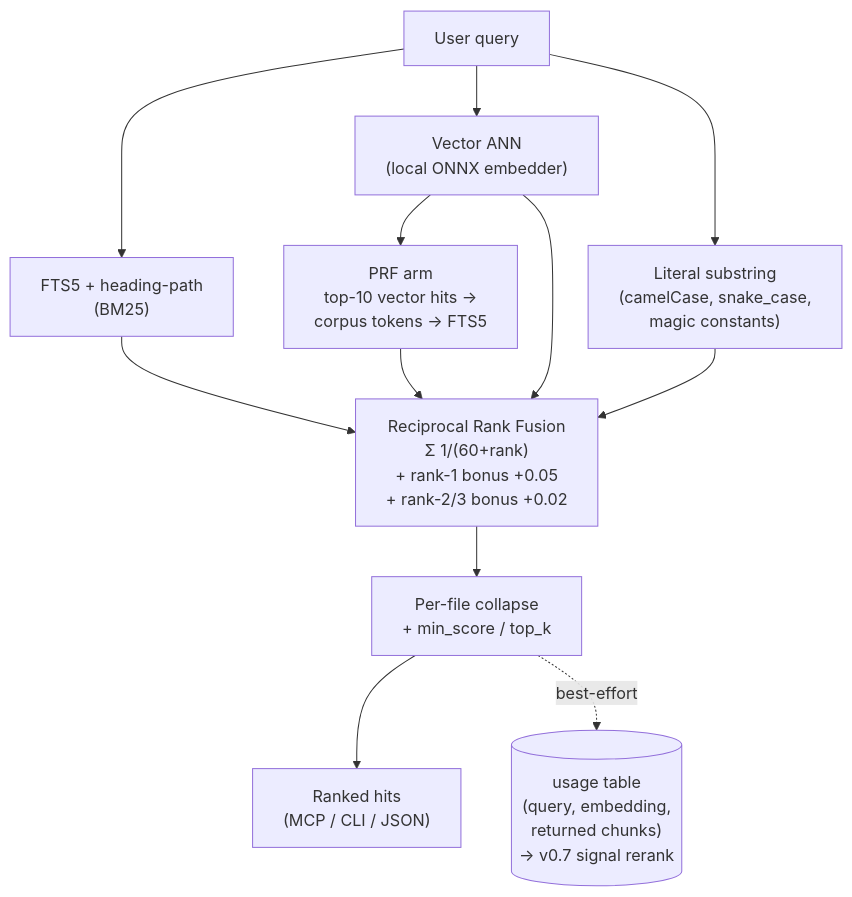
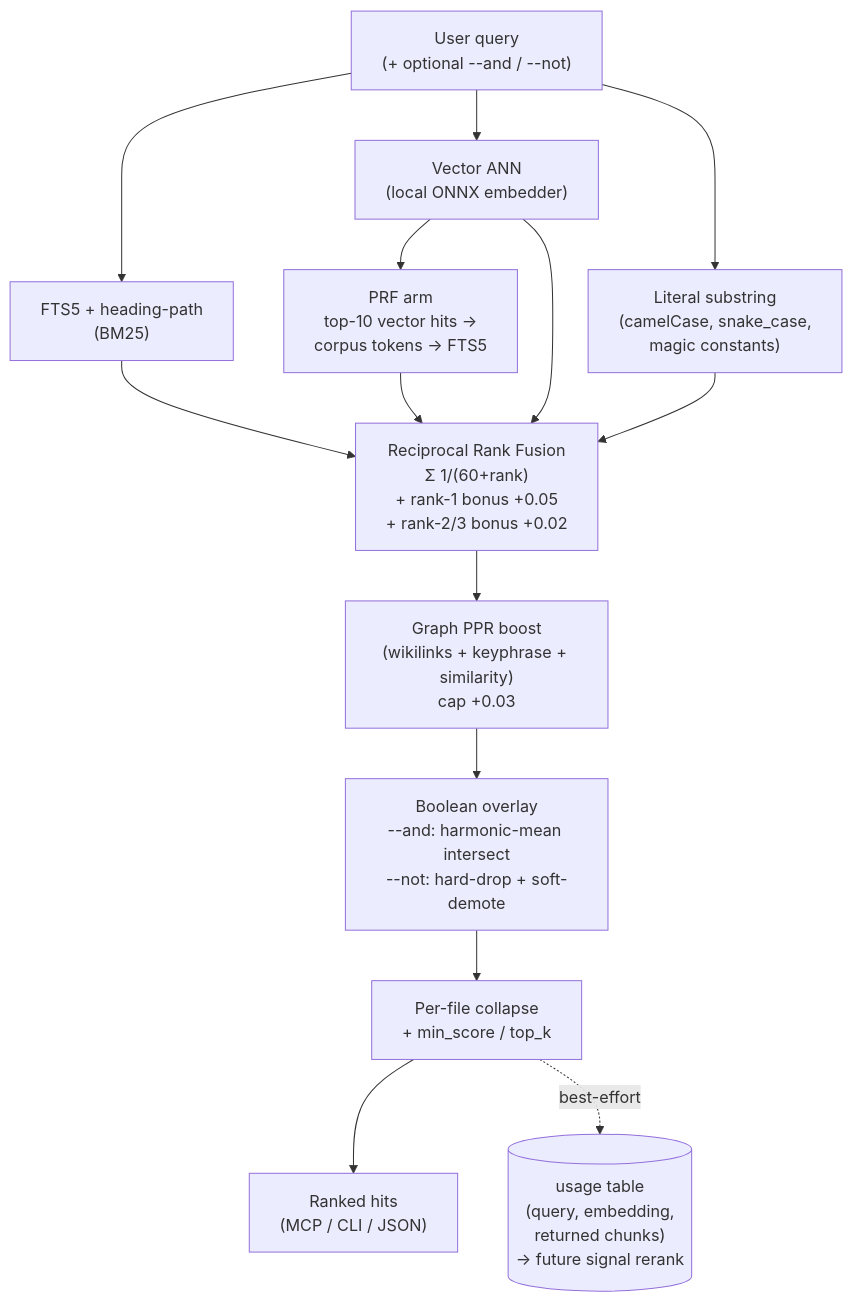
Before and after one commit to rach/dora: the diagram in README.md, drawn with Mermaid. The commit also changed other lines of this file and 14 other files, not shown here.

First line of the commit message:
v0.7.0: document graph + boolean search

````diff
--- a/README.md
+++ b/README.md
@@ -291,14 +291,16 @@
 ```mermaid
 flowchart TD
-    Q["User query"] --> FTS["FTS5 + heading-path<br/>(BM25)"]
+    Q["User query<br/>(+ optional --and / --not)"] --> FTS["FTS5 + heading-path<br/>(BM25)"]
     Q --> ANN["Vector ANN<br/>(local ONNX embedder)"]
     Q --> LIT["Literal substring<br/>(camelCase, snake_case,<br/>magic constants)"]
     ANN --> PRF["PRF arm<br/>top-10 vector hits →<br/>corpus tokens → FTS5"]
     FTS --> RRF["Reciprocal Rank Fusion<br/>Σ 1/(60+rank)<br/>+ rank-1 bonus +0.05<br/>+ rank-2/3 bonus +0.02"]
     ANN --> RRF
     LIT --> RRF
     PRF --> RRF
-    RRF --> COL["Per-file collapse<br/>+ min_score / top_k"]
+    RRF --> PPR["Graph PPR boost<br/>(wikilinks + keyphrase + similarity)<br/>cap +0.03"]
+    PPR --> BOOL["Boolean overlay<br/>--and: harmonic-mean intersect<br/>--not: hard-drop + soft-demote"]
+    BOOL --> COL["Per-file collapse<br/>+ min_score / top_k"]
     COL --> OUT["Ranked hits<br/>(MCP / CLI / JSON)"]
-    COL -. best-effort .-> LOG[("usage table<br/>(query, embedding,<br/>returned chunks)<br/>→ v0.7 signal rerank")]
+    COL -. best-effort .-> LOG[("usage table<br/>(query, embedding,<br/>returned chunks)<br/>→ future signal rerank")]
 ```
````
